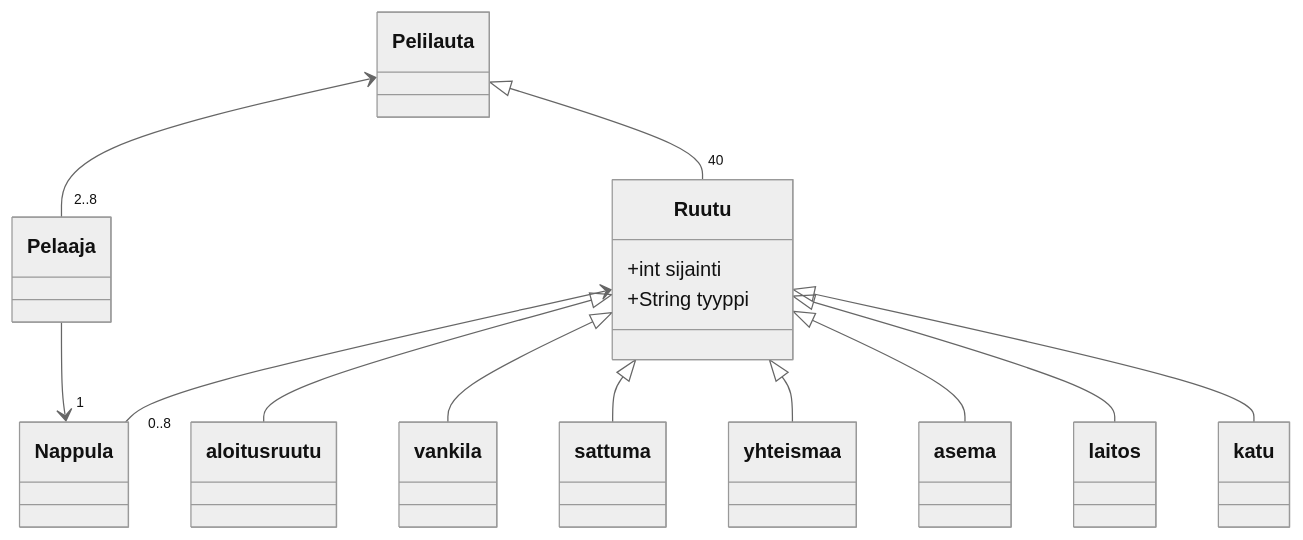
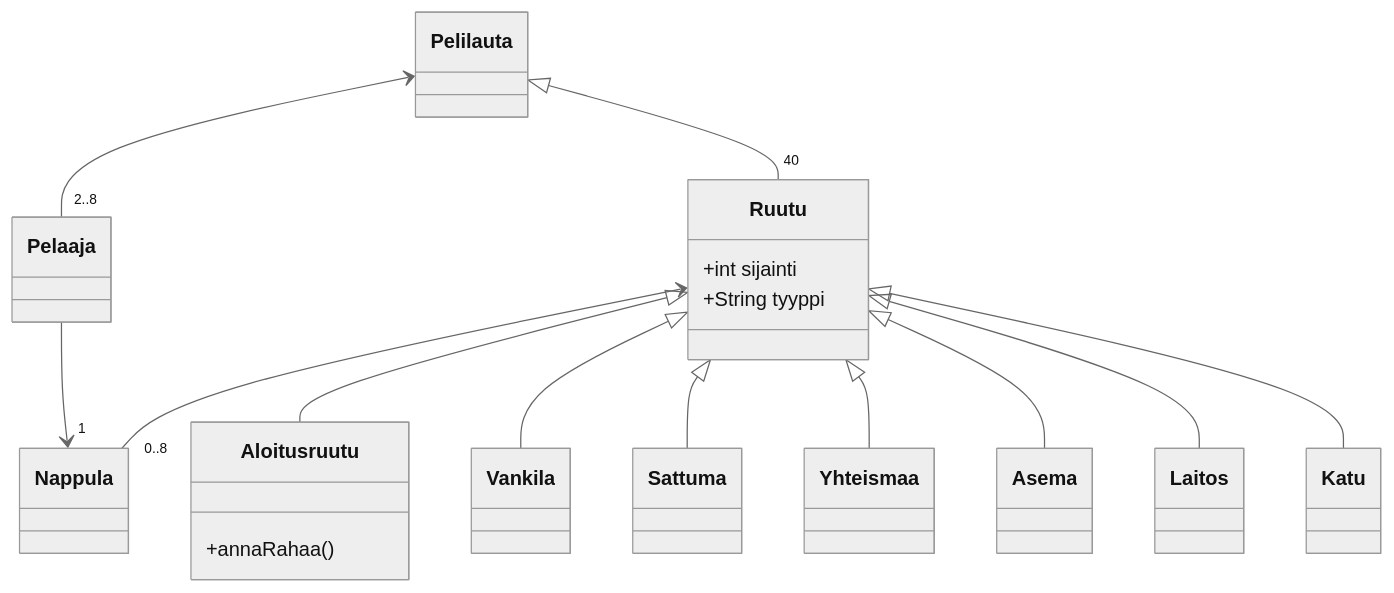
Before and after one commit to tapsamies/ot-harjoitustyo: the diagram in laskarit/viikko3/luokkkakaavio.md, drawn with Mermaid (neutral theme).

````diff
--- a/laskarit/viikko3/luokkkakaavio.md
+++ b/laskarit/viikko3/luokkkakaavio.md
@@ -1,31 +1,34 @@
 ```mermaid
 classDiagram
 	Pelilauta <|-- "40" Ruutu
 	Pelaaja --> "1" Nappula
 	Ruutu <-- "0..8" Nappula
 	Pelilauta <-- "2..8" Pelaaja
-	Ruutu <|-- aloitusruutu
-	Ruutu <|-- vankila
-	Ruutu <|-- sattuma
-	Ruutu <|-- yhteismaa
-	Ruutu <|-- asema
-	Ruutu <|-- laitos
-	Ruutu <|-- katu
+	Ruutu <|-- Aloitusruutu
+	Ruutu <|-- Vankila
+	Ruutu <|-- Sattuma
+	Ruutu <|-- Yhteismaa
+	Ruutu <|-- Asema
+	Ruutu <|-- Laitos
+	Ruutu <|-- Katu
 	class Ruutu{
 		+int sijainti
 		+String tyyppi	
 	}
-	
+	class Aloitusruutu{
+		+annaRahaa()
+	}
+		
 	
 	
 
 
 
 
 
 
 
 
 
 
 ```
````
